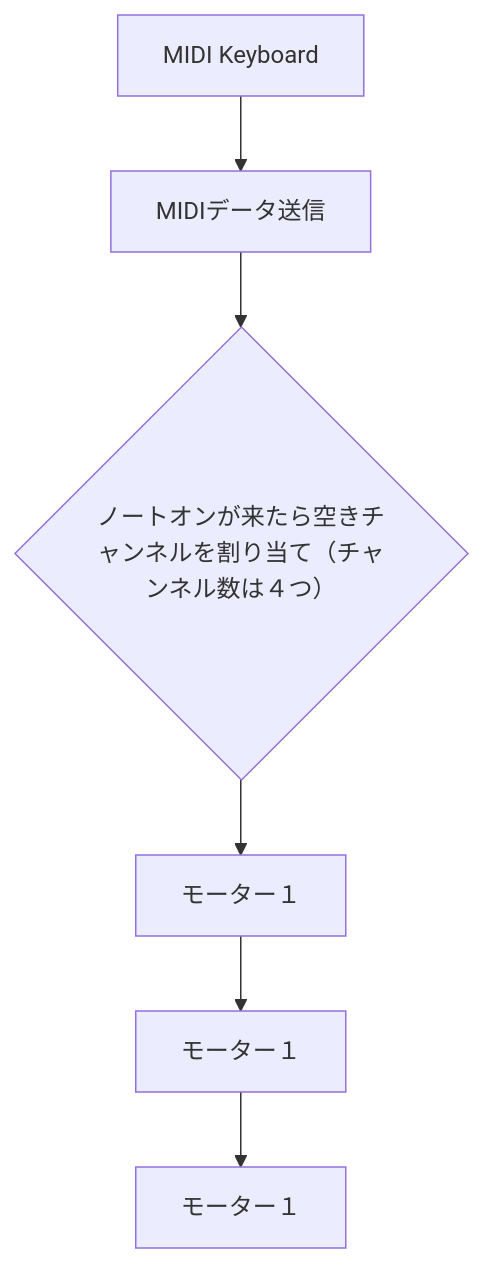
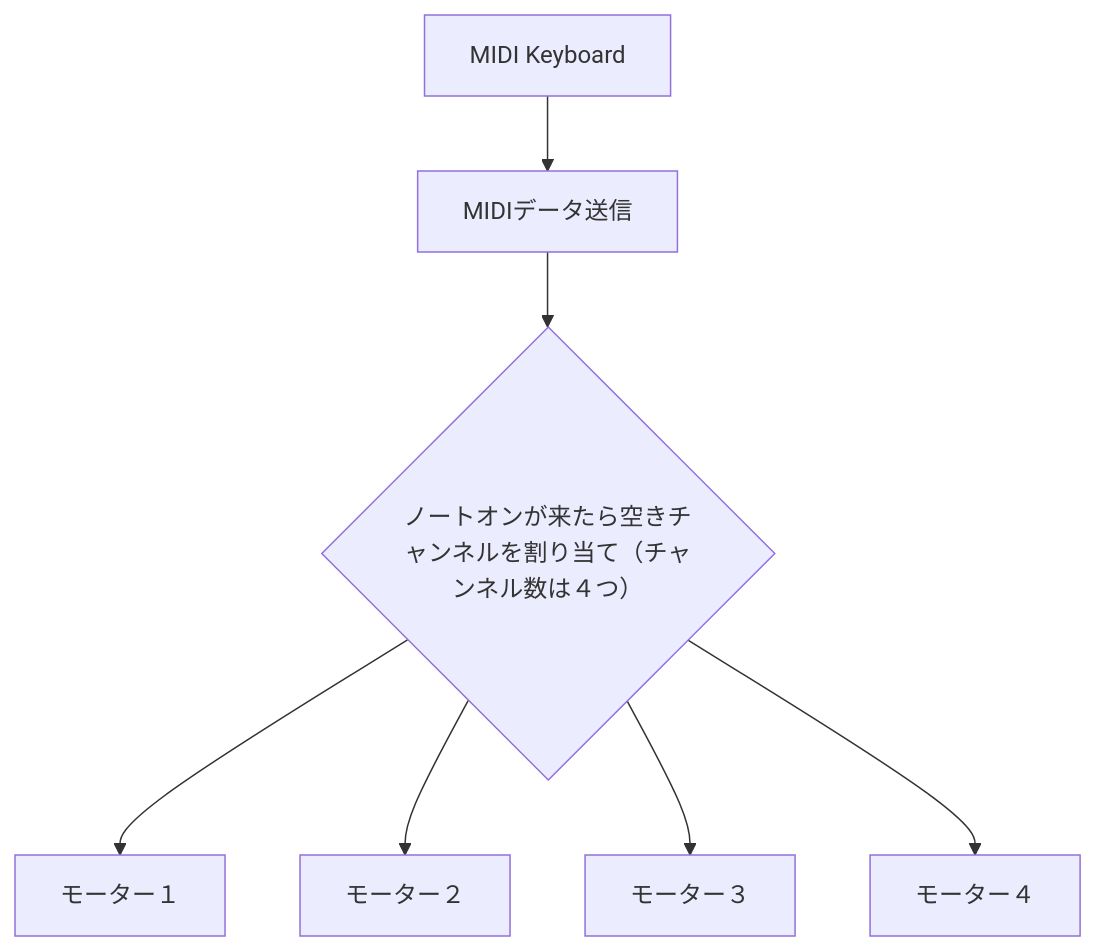
Before and after one commit to penkich/Scifesta: the diagram in README.md, drawn with Mermaid.

Commit message:
Update flowchart to include all motors

````diff
--- a/README.md
+++ b/README.md
@@ -4,8 +4,8 @@
 ```mermaid
 flowchart TB
     A[MIDI Keyboard] --> B[MIDIデータ送信] -->
-    C{ノートオンが来たら空きチャンネルを割り当て（チャンネル数は４つ）}
-    --> D[モーター１]
-    --> E[モーター１]
-    --> F[モーター１]
+    C{ノートオンが来たら空きチャンネルを割り当て（チャンネル数は４つ）}--> D[モーター１]
+    C{ノートオンが来たら空きチャンネルを割り当て（チャンネル数は４つ）}--> E[モーター２]
+    C{ノートオンが来たら空きチャンネルを割り当て（チャンネル数は４つ）}--> F[モーター３]
+    C{ノートオンが来たら空きチャンネルを割り当て（チャンネル数は４つ）}--> G[モーター４]
 ```
````
